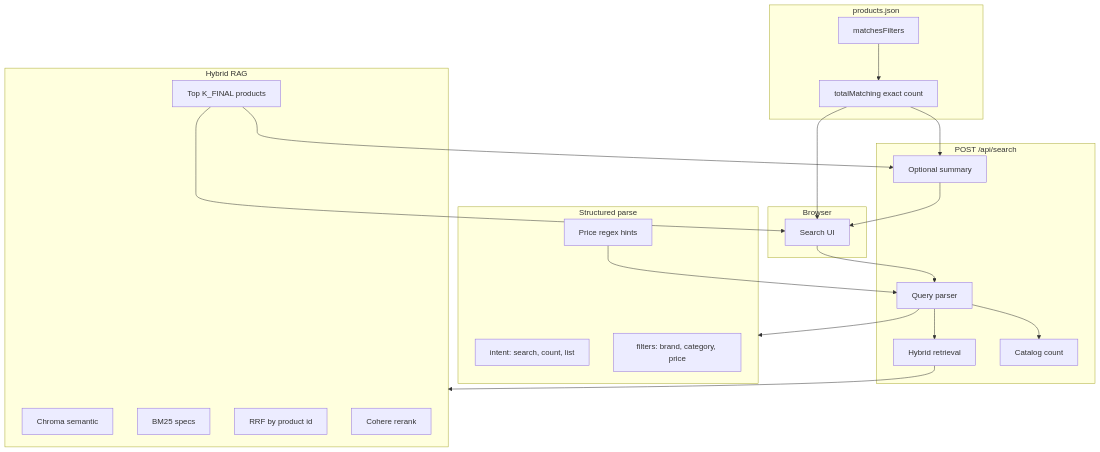
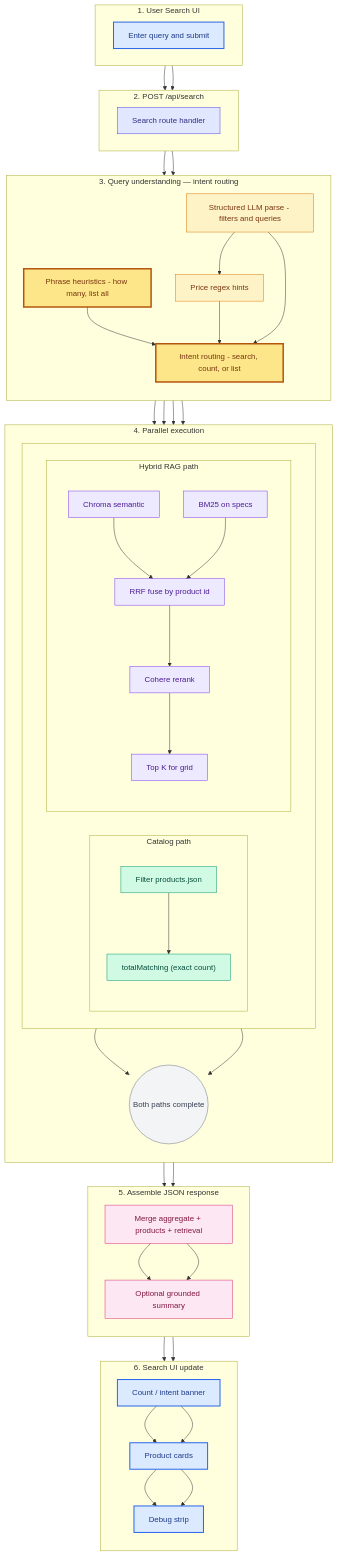
Before and after one commit to ShivP102/e-commerce-assistant: the diagram in README.md, drawn with Mermaid. The commit also changed other lines of this file, not shown here.

Commit message:
improving ReadMe

````diff
--- a/README.md
+++ b/README.md
@@ -39,45 +41,92 @@
 ```mermaid
 flowchart TB
-  subgraph client [Browser]
-    UI[Search UI]
+  subgraph S1 ["1. User Search UI"]
+    direction LR
+    UI[Enter query and submit]
   end
 
-  subgraph api [POST /api/search]
-    Parse[Query parser]
-    Count[Catalog count]
-    Hybrid[Hybrid retrieval]
-    Sum[Optional summary]
+  subgraph S2 ["2. POST /api/search"]
+    direction LR
+    API[Search route handler]
   end
 
-  subgraph parseLayer [Structured parse]
-    Intent["intent: search, count, list"]
-    Filters["filters: brand, category, price"]
-    PriceRx[Price regex hints]
+  subgraph S3 ["3. Query understanding — intent routing"]
+    direction TB
+    IntentHeur[Phrase heuristics - how many, list all]
+    Parse[Structured LLM parse - filters and queries]
+    Hints[Price regex hints]
+    Intent["Intent routing - search, count, or list"]
+    IntentHeur --> Intent
+    Parse --> Hints --> Intent
   end
 
-  subgraph catalog [products.json]
-    Match[matchesFilters]
-    Total[totalMatching exact count]
+  subgraph S4 ["4. Parallel execution"]
+    direction TB
+    subgraph S4lanes [" "]
+      direction LR
+      subgraph S4a ["Catalog path"]
+        direction TB
+        Filter[Filter products.json]
+        Total["totalMatching (exact count)"]
+        Filter --> Total
+      end
+      subgraph S4b ["Hybrid RAG path"]
+        direction TB
+        Dense[Chroma semantic]
+        Sparse[BM25 on specs]
+        Fuse[RRF fuse by product id]
+        Rank[Cohere rerank]
+        Items[Top K for grid]
+        Dense --> Fuse
+        Sparse --> Fuse
+        Fuse --> Rank --> Items
+      end
+    end
+    S4Join(("Both paths complete"))
+    Total --> S4Join
+    Items --> S4Join
   end
 
-  subgraph retrieve [Hybrid RAG]
-    Dense[Chroma semantic]
-    Sparse[BM25 specs]
-    RRF[RRF by product id]
-    Rerank[Cohere rerank]
-    TopK[Top K_FINAL products]
+  subgraph S5 ["5. Assemble JSON response"]
+    direction TB
+    Merge[Merge aggregate + products + retrieval]
+    Summary[Optional grounded summary]
+    Merge --> Summary
   end
 
-  UI --> Parse
-  Parse --> parseLayer
-  PriceRx --> Parse
-  Parse --> Count
-  Match --> Total
-  Parse --> Hybrid
-  Total --> Sum
-  Hybrid --> retrieve
-  TopK --> Sum
-  TopK --> UI
-  Total --> UI
-  Sum --> UI
+  subgraph S6 ["6. Search UI update"]
+    direction TB
+    Banner[Count / intent banner]
+    Cards[Product cards]
+    Debug[Debug strip]
+    Banner --> Cards --> Debug
+  end
+
+  UI --> API
+  API --> Parse
+  Intent --> Filter
+  Intent --> Dense
+  Intent --> Sparse
+  S4Join --> Merge
+  Summary --> Banner
+
+  UI --> API --> Parse --> Intent --> S4Join --> Merge --> Summary --> Banner --> Cards --> Debug
+
+  classDef user fill:#DBEAFE,stroke:#2563EB,color:#1E3A8A,stroke-width:2px
+  classDef api fill:#E0E7FF,stroke:#4F46E5,color:#312E81
+  classDef parse fill:#FEF3C7,stroke:#D97706,color:#78350F
+  classDef intent fill:#FDE68A,stroke:#B45309,color:#78350F,stroke-width:3px
+  classDef catalog fill:#D1FAE5,stroke:#059669,color:#064E3B
+  classDef rag fill:#EDE9FE,stroke:#7C3AED,color:#4C1D95
+  classDef out fill:#FCE7F3,stroke:#DB2777,color:#831843
+  classDef join fill:#F3F4F6,stroke:#6B7280,color:#374151
+
+  class UI,Banner,Cards,Debug user
+  class API api
+  class Parse,Hints parse
+  class Intent,IntentHeur intent
+  class Filter,Total catalog
+  class Dense,Sparse,Fuse,Rank,Items rag
+  class Merge,Summary out
+  class S4Join join
 ```
````
